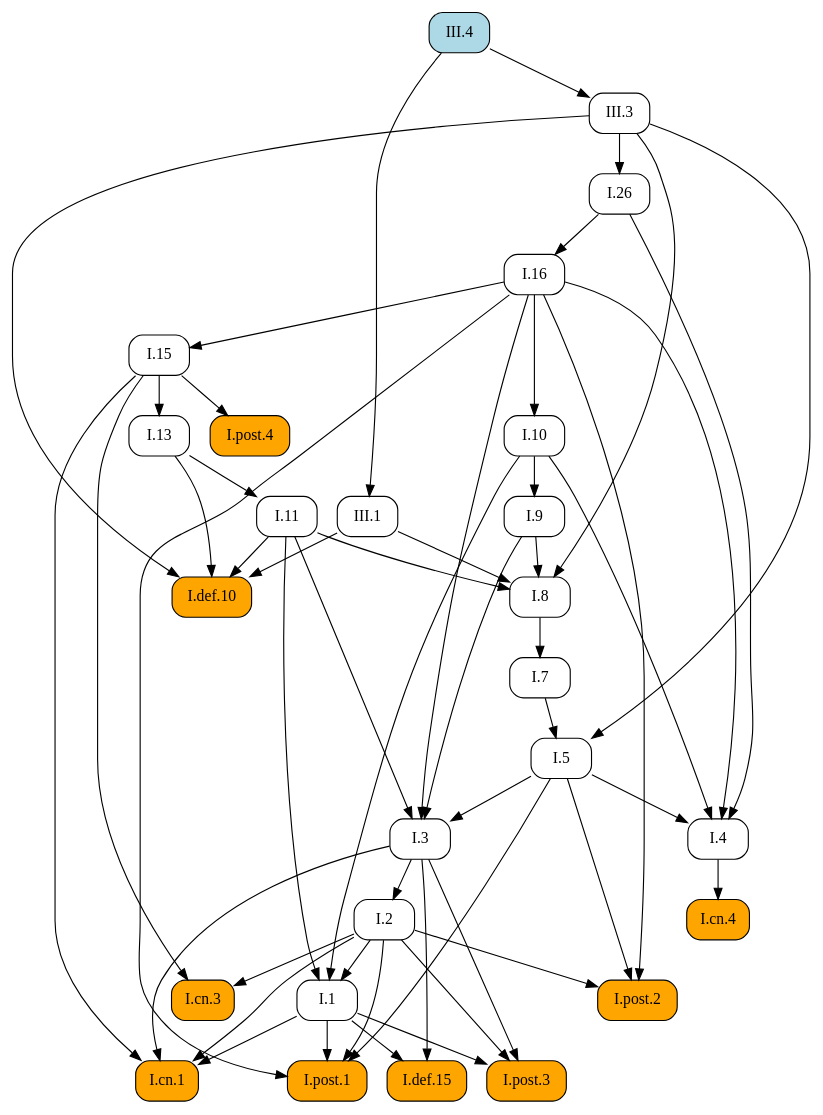
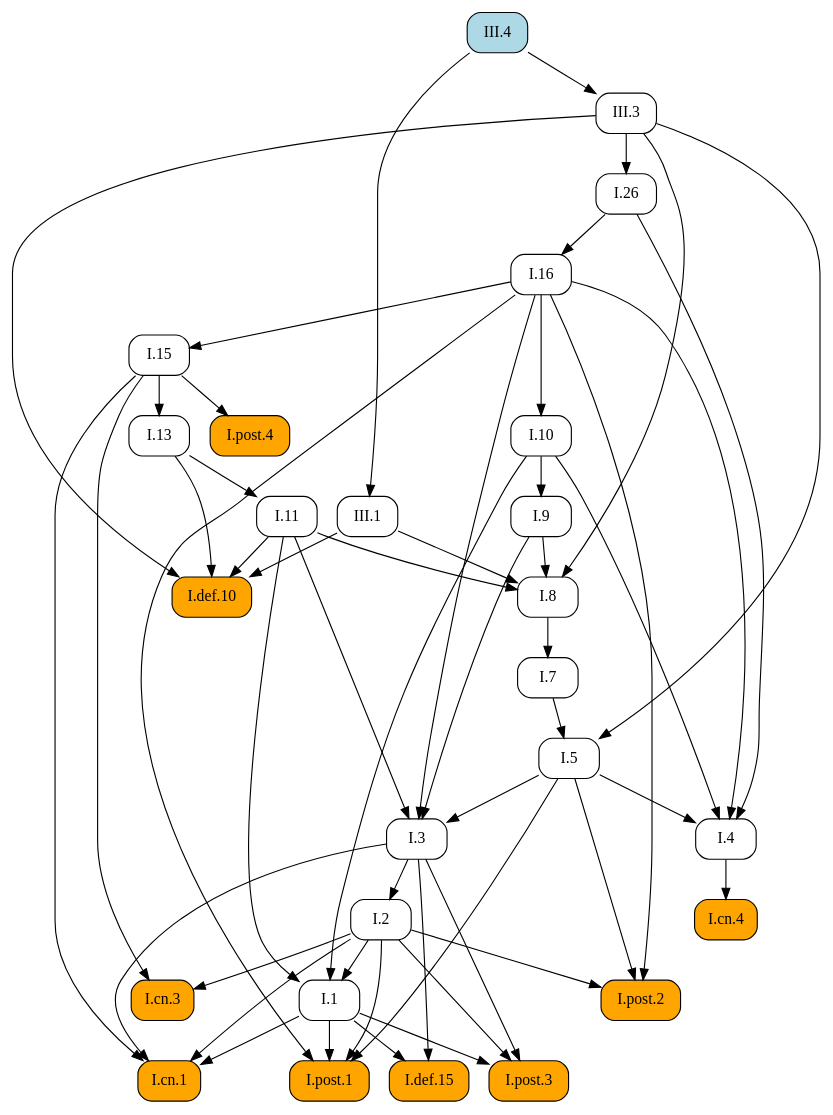
One commit to geometor/elements changed the diagram in docsrc/heath/III/4/index.rst. Above: the diagram before and after it, drawn with Graphviz. The commit also changed other lines of this file and 484 other files, not shown here.

```diff
--- a/docsrc/heath/III/4/index.rst
+++ b/docsrc/heath/III/4/index.rst
@@ -60,82 +60,82 @@
    digraph {
      rankdir="TB";
      node [shape=box, style=rounded];
+     "I.9" [URL="/heath/I/9/", target="_top"];
+     "I.cn.1" [style="rounded,filled", fillcolor=orange, URL="/heath/I/cn.1/", target="_top"];
+     "I.7" [URL="/heath/I/7/", target="_top"];
+     "I.2" [URL="/heath/I/2/", target="_top"];
+     "I.def.15" [style="rounded,filled", fillcolor=orange, URL="/heath/I/def.15/", target="_top"];
+     "I.13" [URL="/heath/I/13/", target="_top"];
+     "I.post.4" [style="rounded,filled", fillcolor=orange, URL="/heath/I/post.4/", target="_top"];
+     "I.4" [URL="/heath/I/4/", target="_top"];
+     "I.1" [URL="/heath/I/1/", target="_top"];
+     "I.post.3" [style="rounded,filled", fillcolor=orange, URL="/heath/I/post.3/", target="_top"];
+     "III.1" [URL="/heath/III/1/", target="_top"];
+     "I.post.1" [style="rounded,filled", fillcolor=orange, URL="/heath/I/post.1/", target="_top"];
+     "I.5" [URL="/heath/I/5/", target="_top"];
+     "I.8" [URL="/heath/I/8/", target="_top"];
+     "III.3" [URL="/heath/III/3/", target="_top"];
+     "I.cn.3" [style="rounded,filled", fillcolor=orange, URL="/heath/I/cn.3/", target="_top"];
+     "III.4" [style="rounded,filled", fillcolor=lightblue, URL="/heath/III/4/", target="_top"];
+     "I.16" [URL="/heath/I/16/", target="_top"];
      "I.def.10" [style="rounded,filled", fillcolor=orange, URL="/heath/I/def.10/", target="_top"];
+     "I.15" [URL="/heath/I/15/", target="_top"];
+     "I.10" [URL="/heath/I/10/", target="_top"];
      "I.11" [URL="/heath/I/11/", target="_top"];
-     "I.post.4" [style="rounded,filled", fillcolor=orange, URL="/heath/I/post.4/", target="_top"];
-     "I.1" [URL="/heath/I/1/", target="_top"];
-     "III.4" [style="rounded,filled", fillcolor=lightblue, URL="/heath/III/4/", target="_top"];
+     "I.cn.4" [style="rounded,filled", fillcolor=orange, URL="/heath/I/cn.4/", target="_top"];
+     "I.post.2" [style="rounded,filled", fillcolor=orange, URL="/heath/I/post.2/", target="_top"];
      "I.26" [URL="/heath/I/26/", target="_top"];
-     "I.7" [URL="/heath/I/7/", target="_top"];
      "I.3" [URL="/heath/I/3/", target="_top"];
-     "I.2" [URL="/heath/I/2/", target="_top"];
-     "I.4" [URL="/heath/I/4/", target="_top"];
-     "I.13" [URL="/heath/I/13/", target="_top"];
-     "I.post.2" [style="rounded,filled", fillcolor=orange, URL="/heath/I/post.2/", target="_top"];
-     "I.16" [URL="/heath/I/16/", target="_top"];
-     "I.def.15" [style="rounded,filled", fillcolor=orange, URL="/heath/I/def.15/", target="_top"];
-     "I.9" [URL="/heath/I/9/", target="_top"];
-     "I.post.3" [style="rounded,filled", fillcolor=orange, URL="/heath/I/post.3/", target="_top"];
-     "III.3" [URL="/heath/III/3/", target="_top"];
-     "I.cn.1" [style="rounded,filled", fillcolor=orange, URL="/heath/I/cn.1/", target="_top"];
-     "I.cn.3" [style="rounded,filled", fillcolor=orange, URL="/heath/I/cn.3/", target="_top"];
-     "III.1" [URL="/heath/III/1/", target="_top"];
-     "I.8" [URL="/heath/I/8/", target="_top"];
-     "I.cn.4" [style="rounded,filled", fillcolor=orange, URL="/heath/I/cn.4/", target="_top"];
-     "I.15" [URL="/heath/I/15/", target="_top"];
-     "I.post.1" [style="rounded,filled", fillcolor=orange, URL="/heath/I/post.1/", target="_top"];
-     "I.10" [URL="/heath/I/10/", target="_top"];
-     "I.5" [URL="/heath/I/5/", target="_top"];
+     "I.10" -> "I.9";
+     "I.1" -> "I.cn.1";
+     "I.2" -> "I.cn.1";
+     "I.3" -> "I.cn.1";
+     "I.15" -> "I.cn.1";
+     "I.8" -> "I.7";
+     "I.3" -> "I.2";
+     "I.1" -> "I.def.15";
+     "I.3" -> "I.def.15";
+     "I.15" -> "I.13";
+     "I.15" -> "I.post.4";
+     "I.5" -> "I.4";
+     "I.10" -> "I.4";
+     "I.16" -> "I.4";
+     "I.26" -> "I.4";
+     "I.2" -> "I.1";
+     "I.10" -> "I.1";
+     "I.11" -> "I.1";
+     "I.1" -> "I.post.3";
+     "I.2" -> "I.post.3";
+     "I.3" -> "I.post.3";
+     "III.4" -> "III.1";
+     "I.1" -> "I.post.1";
+     "I.2" -> "I.post.1";
+     "I.5" -> "I.post.1";
+     "I.16" -> "I.post.1";
+     "I.7" -> "I.5";
+     "III.3" -> "I.5";
+     "I.9" -> "I.8";
+     "I.11" -> "I.8";
+     "III.1" -> "I.8";
+     "III.3" -> "I.8";
+     "III.4" -> "III.3";
+     "I.2" -> "I.cn.3";
+     "I.15" -> "I.cn.3";
+     "I.26" -> "I.16";
      "I.11" -> "I.def.10";
      "I.13" -> "I.def.10";
      "III.1" -> "I.def.10";
      "III.3" -> "I.def.10";
+     "I.16" -> "I.15";
+     "I.16" -> "I.10";
      "I.13" -> "I.11";
-     "I.15" -> "I.post.4";
-     "I.2" -> "I.1";
-     "I.10" -> "I.1";
-     "I.11" -> "I.1";
+     "I.4" -> "I.cn.4";
+     "I.2" -> "I.post.2";
+     "I.5" -> "I.post.2";
+     "I.16" -> "I.post.2";
      "III.3" -> "I.26";
-     "I.8" -> "I.7";
      "I.5" -> "I.3";
      "I.9" -> "I.3";
      "I.11" -> "I.3";
      "I.16" -> "I.3";
-     "I.3" -> "I.2";
-     "I.5" -> "I.4";
-     "I.10" -> "I.4";
-     "I.16" -> "I.4";
-     "I.26" -> "I.4";
-     "I.15" -> "I.13";
-     "I.2" -> "I.post.2";
-     "I.5" -> "I.post.2";
-     "I.16" -> "I.post.2";
-     "I.26" -> "I.16";
-     "I.1" -> "I.def.15";
-     "I.3" -> "I.def.15";
-     "I.10" -> "I.9";
-     "I.1" -> "I.post.3";
-     "I.2" -> "I.post.3";
-     "I.3" -> "I.post.3";
-     "III.4" -> "III.3";
-     "I.1" -> "I.cn.1";
-     "I.2" -> "I.cn.1";
-     "I.3" -> "I.cn.1";
-     "I.15" -> "I.cn.1";
-     "I.2" -> "I.cn.3";
-     "I.15" -> "I.cn.3";
-     "III.4" -> "III.1";
-     "I.9" -> "I.8";
-     "I.11" -> "I.8";
-     "III.1" -> "I.8";
-     "III.3" -> "I.8";
-     "I.4" -> "I.cn.4";
-     "I.16" -> "I.15";
-     "I.1" -> "I.post.1";
-     "I.2" -> "I.post.1";
-     "I.5" -> "I.post.1";
-     "I.16" -> "I.post.1";
-     "I.16" -> "I.10";
-     "I.7" -> "I.5";
-     "III.3" -> "I.5";
    }
```
